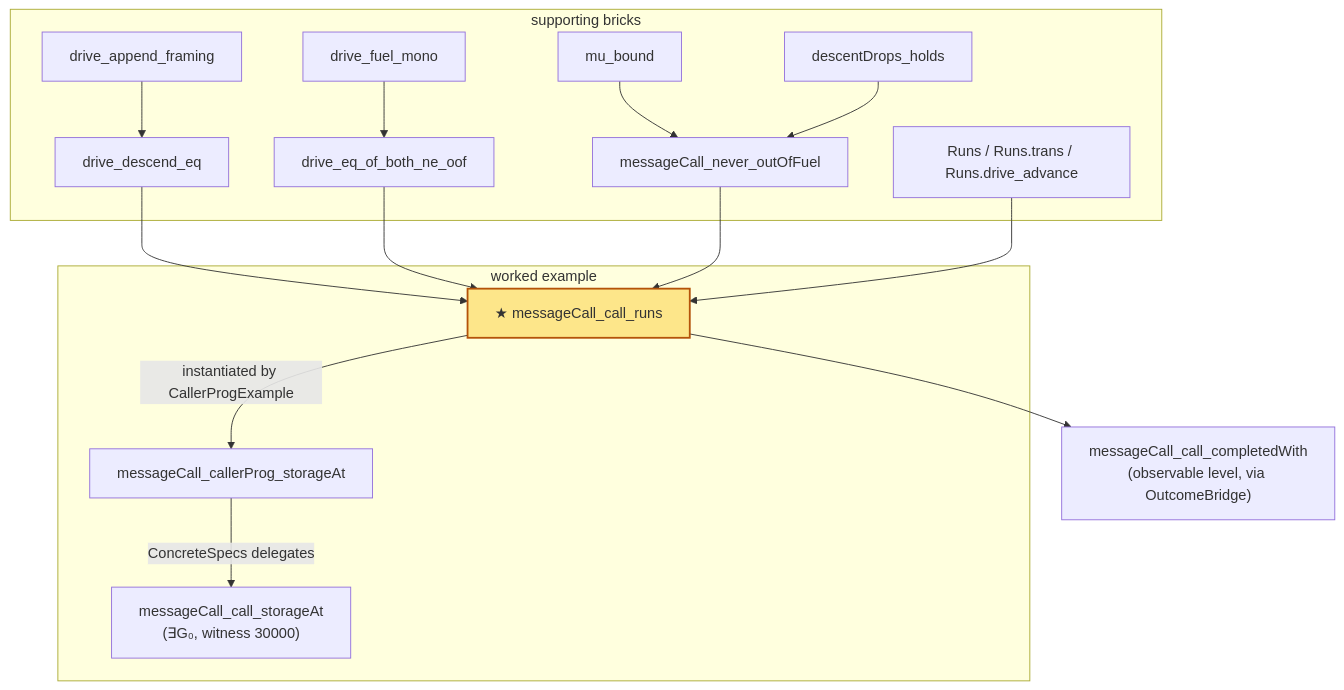
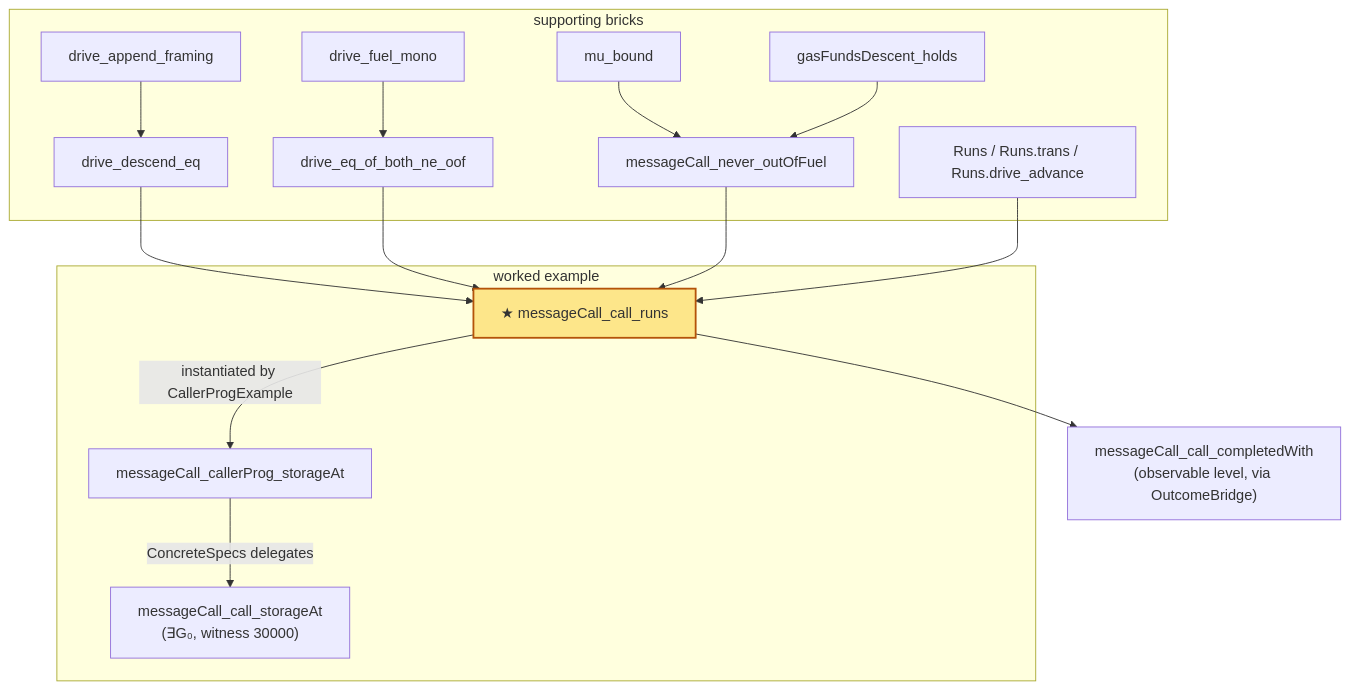
The diagram in experiments/003_bytecode_layer/docs/review-report.md (plankevm/sir-lean), drawn with Mermaid before and after one commit. The commit also changed other lines of this file and 1 other file, not shown here.

````diff
--- a/experiments/003_bytecode_layer/docs/review-report.md
+++ b/experiments/003_bytecode_layer/docs/review-report.md
@@ -63,25 +63,25 @@
 ```mermaid
 flowchart TD
     subgraph bricks["supporting bricks"]
         AF[drive_append_framing] --> DE[drive_descend_eq]
         FM[drive_fuel_mono] --> EQ[drive_eq_of_both_ne_oof]
         MB[mu_bound] --> NOF[messageCall_never_outOfFuel]
-        DD[descentDrops_holds] --> NOF
+        DD[gasFundsDescent_holds] --> NOF
         RUNS["Runs / Runs.trans / Runs.drive_advance"]
     end
 
     DE --> K
     EQ --> K
     NOF --> K
     RUNS --> K
 
     K["★ messageCall_call_runs"] --> OBS["messageCall_call_completedWith<br/>(observable level, via OutcomeBridge)"]
 
     subgraph examples["worked example"]
         K -->|instantiated by CallerProgExample| CPS[messageCall_callerProg_storageAt]
         CPS -->|ConcreteSpecs delegates| SPEC["messageCall_call_storageAt<br/>(∃G₀, witness 30000)"]
     end
 
     classDef headline fill:#fde68a,stroke:#b45309,stroke-width:2px;
     class K headline;
 ```
````
